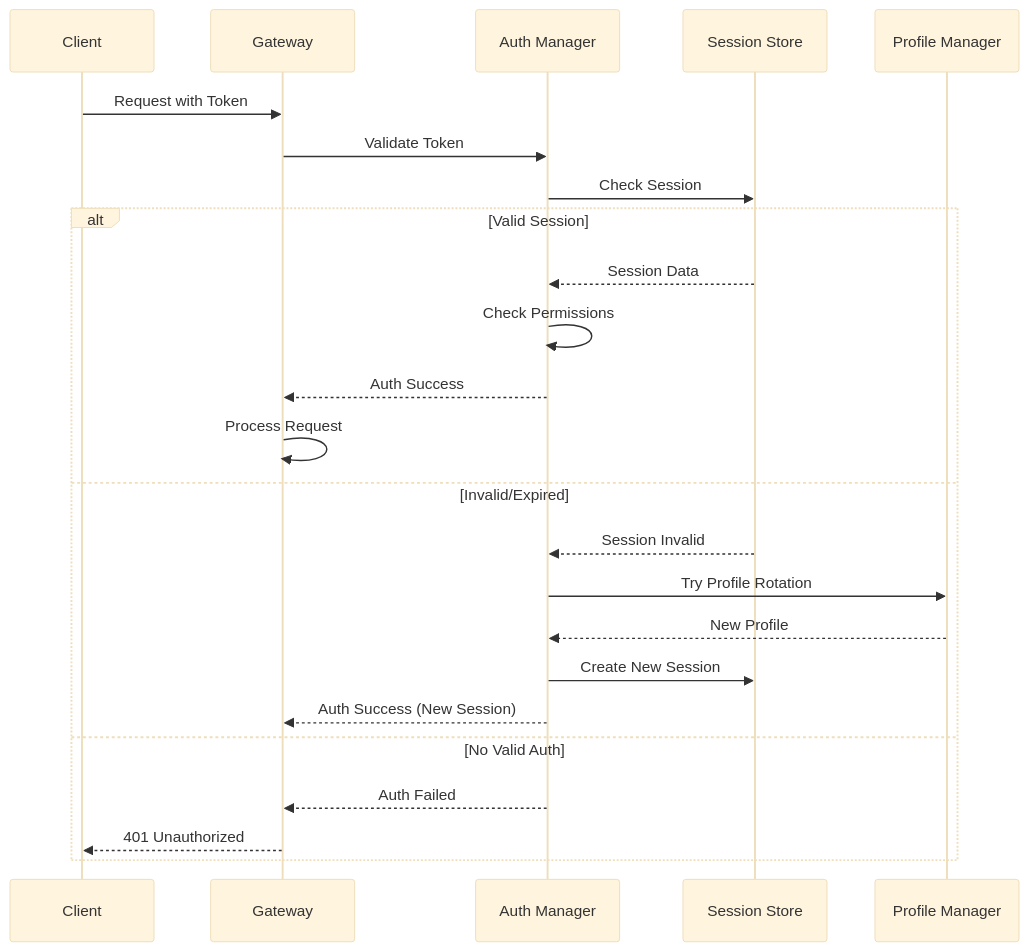
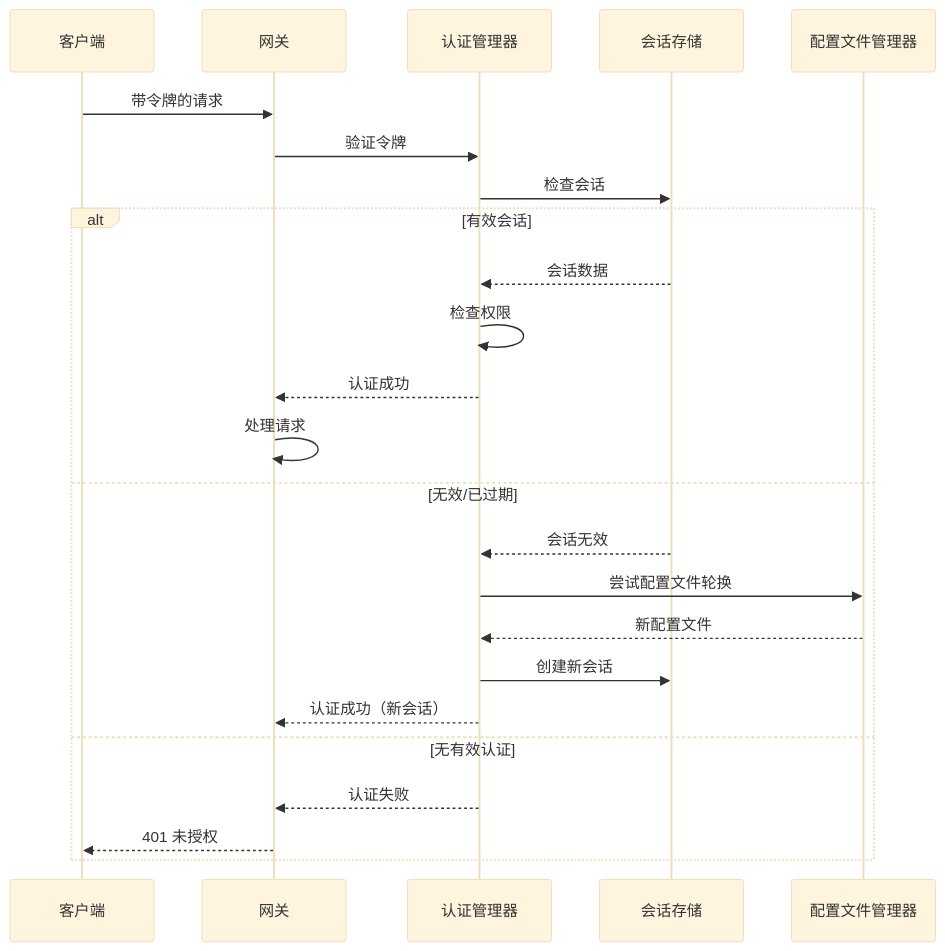
Before and after one commit to Elarwei001/research_openclaw: the sixth of 6 diagrams in src/content/docs/zh-cn/components/security-auth.md, drawn with Mermaid (base theme). The commit also changed other lines of this file and 70 other files, not shown here.

````diff
--- a/src/content/docs/zh-cn/components/security-auth.md
+++ b/src/content/docs/zh-cn/components/security-auth.md
@@ -175,28 +175,28 @@
 ```mermaid
 sequenceDiagram
-    participant C as Client
-    participant G as Gateway
-    participant A as Auth Manager
-    participant S as Session Store
-    participant P as Profile Manager
+    participant C as 客户端
+    participant G as 网关
+    participant A as 认证管理器
+    participant S as 会话存储
+    participant P as 配置文件管理器
     
-    C->>G: Request with Token
-    G->>A: Validate Token
-    A->>S: Check Session
+    C->>G: 带令牌的请求
+    G->>A: 验证令牌
+    A->>S: 检查会话
     
-    alt Valid Session
-        S-->>A: Session Data
-        A->>A: Check Permissions
-        A-->>G: Auth Success
-        G->>G: Process Request
-    else Invalid/Expired
-        S-->>A: Session Invalid
-        A->>P: Try Profile Rotation
-        P-->>A: New Profile
-        A->>S: Create New Session
-        A-->>G: Auth Success (New Session)
-    else No Valid Auth
-        A-->>G: Auth Failed
-        G-->>C: 401 Unauthorized
+    alt 有效会话
+        S-->>A: 会话数据
+        A->>A: 检查权限
+        A-->>G: 认证成功
+        G->>G: 处理请求
+    else 无效/已过期
+        S-->>A: 会话无效
+        A->>P: 尝试配置文件轮换
+        P-->>A: 新配置文件
+        A->>S: 创建新会话
+        A-->>G: 认证成功（新会话）
+    else 无有效认证
+        A-->>G: 认证失败
+        G-->>C: 401 未授权
     end
 ```
````
